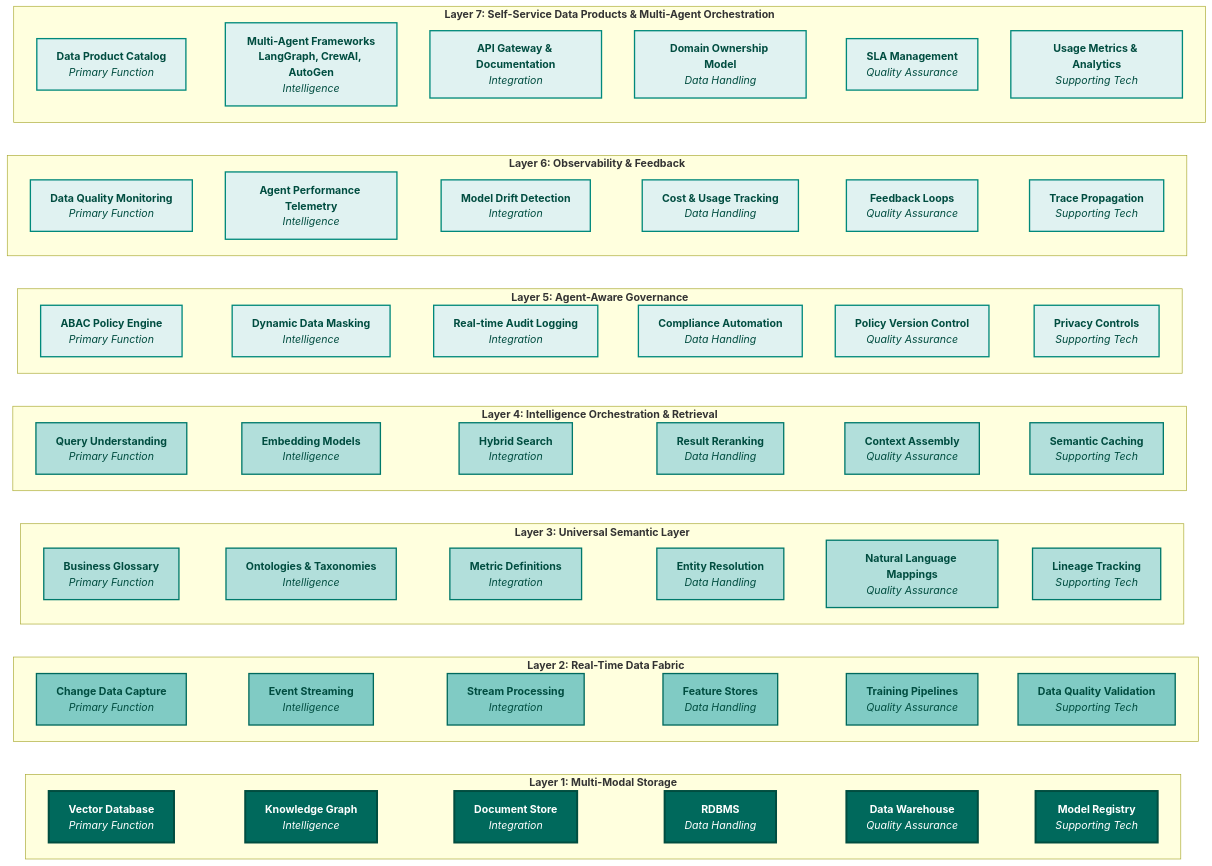
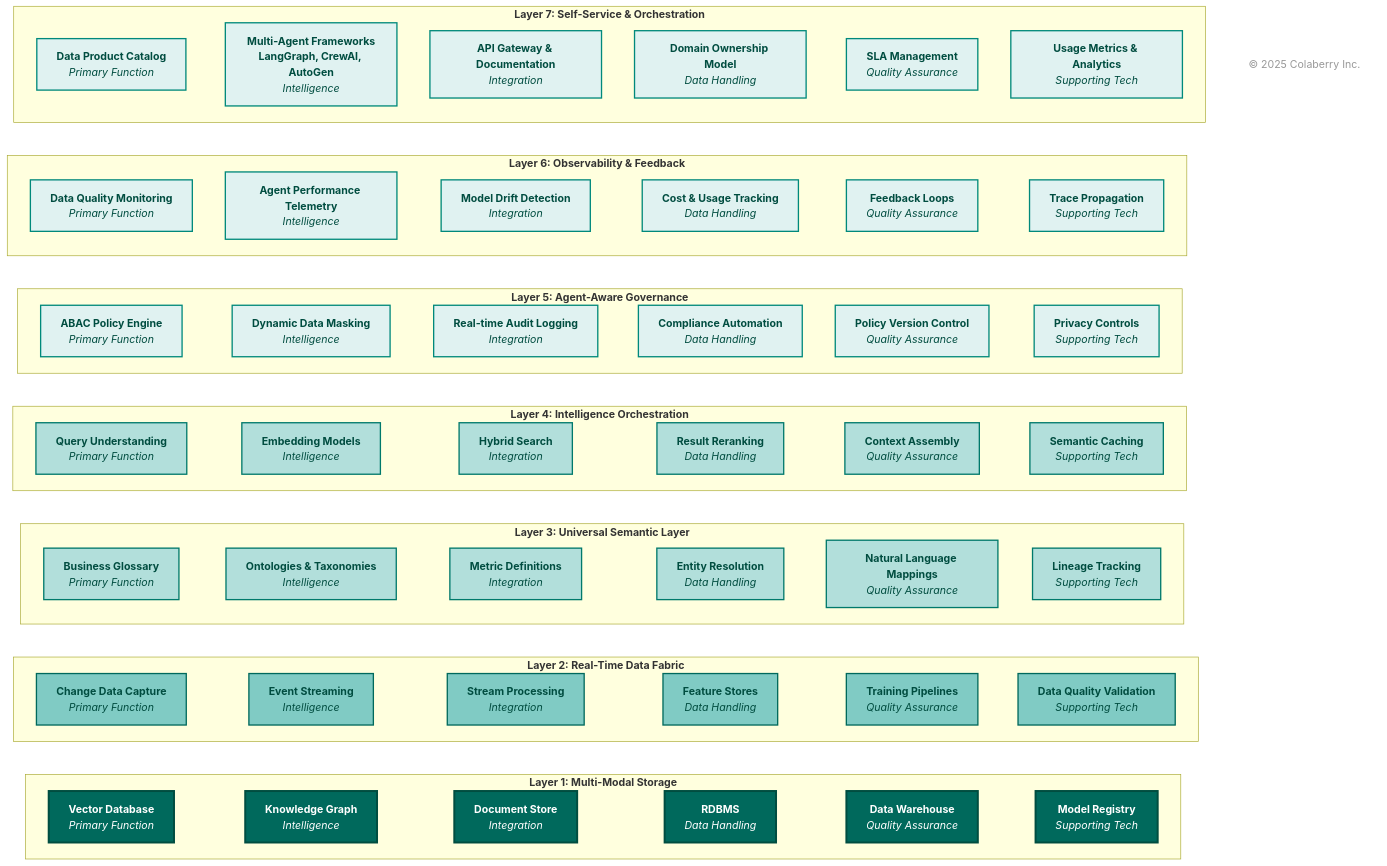
The third of 16 diagrams in chapter-01/chapter_1_complete.md (colaberry/enterprise-data-readiness-ai-agents), drawn with Mermaid before and after one commit. The commit also changed other lines of this file, not shown here.

````diff
--- a/chapter-01/chapter_1_complete.md
+++ b/chapter-01/chapter_1_complete.md
@@ -302,6 +312,6 @@
 ```mermaid
 graph TB
-    subgraph L7["`**Layer 7: Self-Service Data Products & Multi-Agent Orchestration**`"]
+    subgraph L7["`**Layer 7: Self-Service & Orchestration**`"]
         L7A["`**Data Product Catalog**<br/><i>Primary Function</i>`"]
         L7B["`**Multi-Agent Frameworks**<br/><b>LangGraph, CrewAI, AutoGen</b><br/><i>Intelligence</i>`"]
         L7C["`**API Gateway & Documentation**<br/><i>Integration</i>`"]
@@ -328,7 +338,7 @@
         L5F["`**Privacy Controls**<br/><i>Supporting Tech</i>`"]
     end
 
-    subgraph L4["`**Layer 4: Intelligence Orchestration & Retrieval**`"]
+    subgraph L4["`**Layer 4: Intelligence Orchestration**`"]
         L4A["`**Query Understanding**<br/><i>Primary Function</i>`"]
         L4B["`**Embedding Models**<br/><i>Intelligence</i>`"]
         L4C["`**Hybrid Search**<br/><i>Integration</i>`"]
@@ -453,5 +463,10 @@
     style L1C fill:#00695c,color:#ffffff,stroke:#004d40,stroke-width:3px
     style L1D fill:#00695c,color:#ffffff,stroke:#004d40,stroke-width:3px
     style L1E fill:#00695c,color:#ffffff,stroke:#004d40,stroke-width:3px
+
+    %% Copyright Notice
+    CR["© 2025 Colaberry Inc."]
+
     style L1F fill:#00695c,color:#ffffff,stroke:#004d40,stroke-width:3px
+    style CR fill:none,stroke:none,color:#999999
 ```
````
